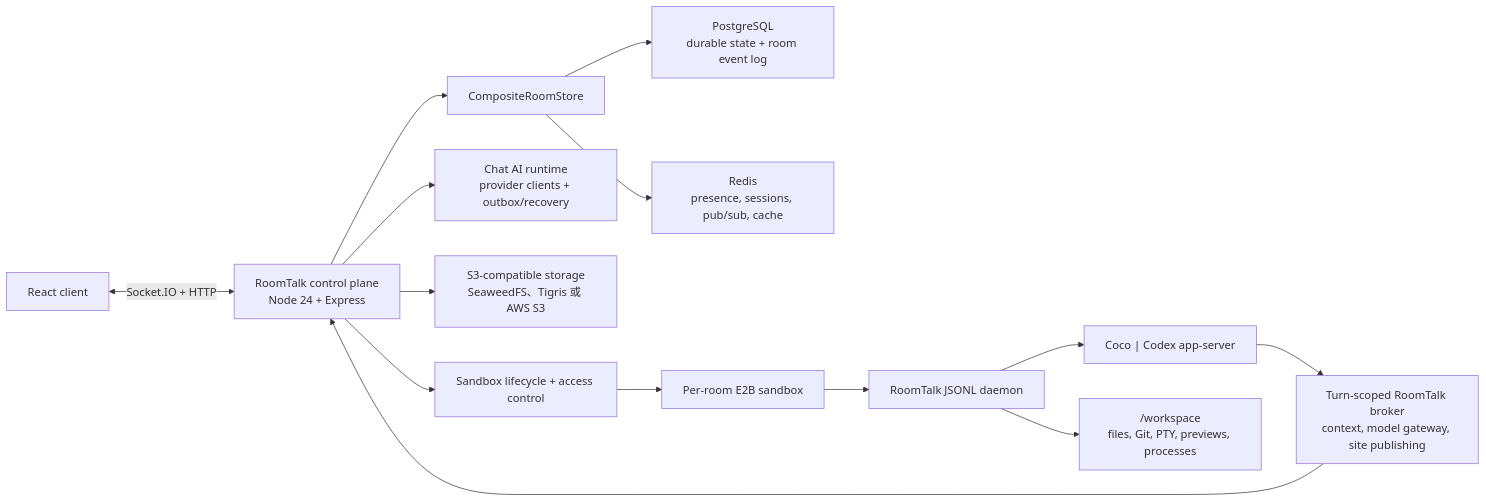
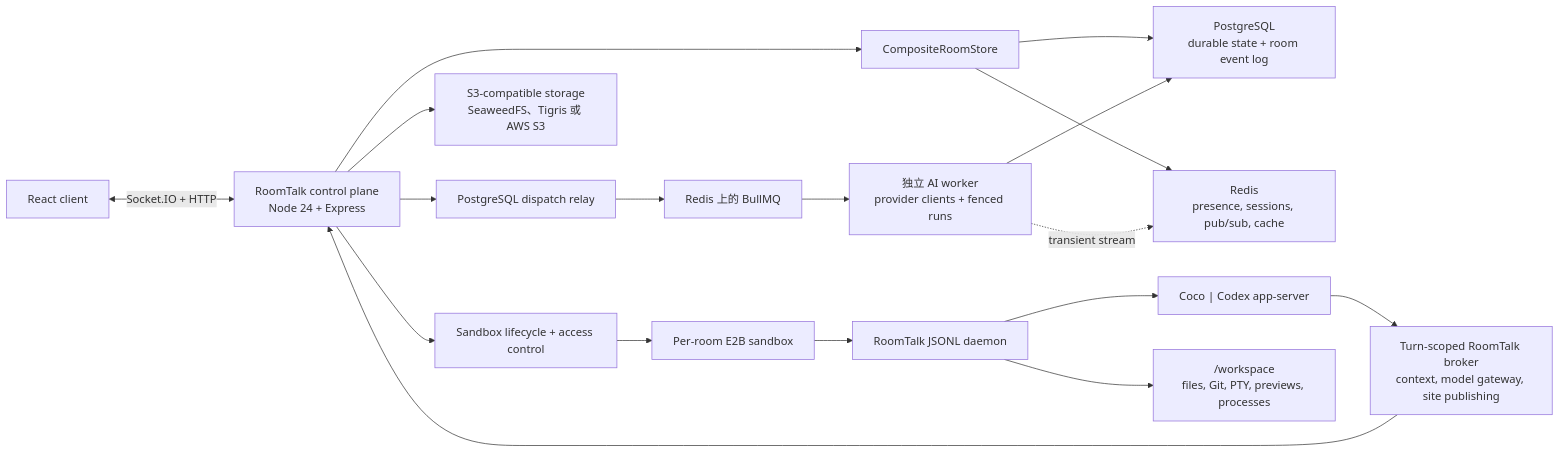
Before and after one commit to Skymore/roomtalk: the first of 3 diagrams in README.zh.md, drawn with Mermaid. The commit also changed other lines of this file and 37 other files, not shown here.

````diff
--- a/README.zh.md
+++ b/README.zh.md
@@ -54,20 +54,24 @@
 ```mermaid
 flowchart LR
   Browser["React client"] <-->|"Socket.IO + HTTP"| Control["RoomTalk control plane\nNode 24 + Express"]
 
   Control --> Store["CompositeRoomStore"]
   Store --> Durable["PostgreSQL\ndurable state + room event log"]
   Store --> Realtime["Redis\npresence, sessions, pub/sub, cache"]
 
-  Control --> ChatAI["Chat AI runtime\nprovider clients + outbox/recovery"]
+  Control --> Dispatch["PostgreSQL dispatch relay"]
+  Dispatch --> Queue["Redis 上的 BullMQ"]
+  Queue --> ChatAI["独立 AI worker\nprovider clients + fenced runs"]
+  ChatAI --> Durable
+  ChatAI -.->|"transient stream"| Realtime
   Control --> Media["S3-compatible storage\nSeaweedFS、Tigris 或 AWS S3"]
 
   Control --> Lifecycle["Sandbox lifecycle + access control"]
   Lifecycle --> E2B["Per-room E2B sandbox"]
   E2B --> Daemon["RoomTalk JSONL daemon"]
   Daemon --> Backends["Coco | Codex app-server"]
   Daemon --> Workspace["/workspace\nfiles, Git, PTY, previews, processes"]
 
   Backends --> Broker["Turn-scoped RoomTalk broker\ncontext, model gateway, site publishing"]
   Broker --> Control
 ```
````
